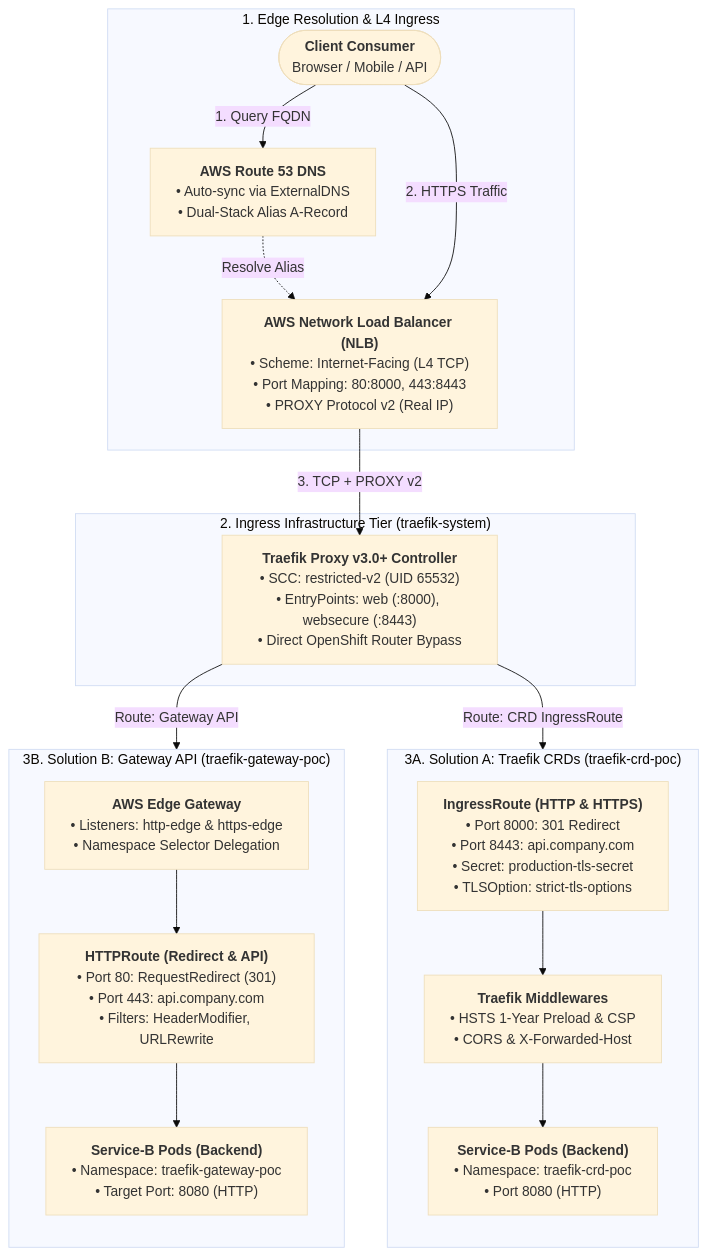
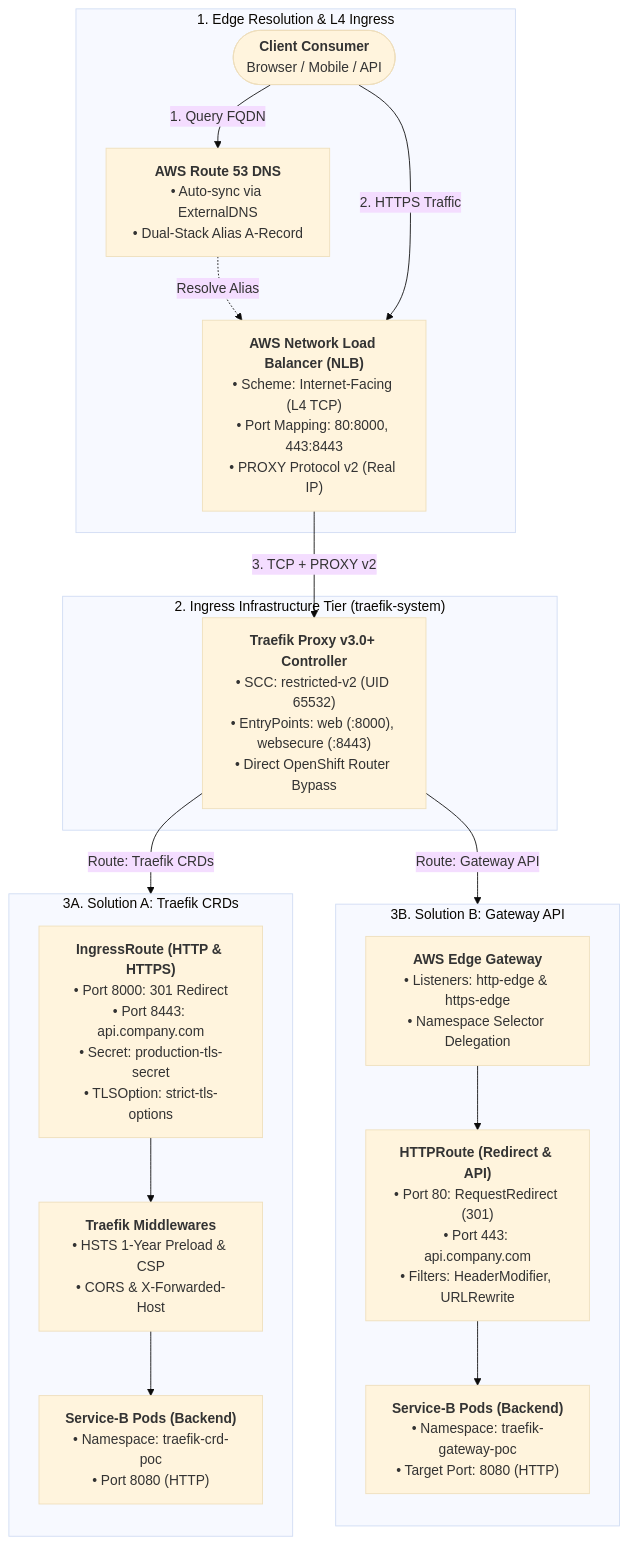
One commit to nubenetes/traefik-fqdn-management-poc-openshift-aws changed the first of 2 diagrams in README.md. Above: the diagram before and after it, drawn with Mermaid (base theme). The commit also changed other lines of this file and 1 other file, not shown here.

Commit message:
fix(mermaid): resolve subgraph title collision, edge overlapping, and node vertex clipping across all diagrams

````diff
--- a/README.md
+++ b/README.md
@@ -102,37 +102,36 @@
 ```mermaid
-%%{init: {"flowchart": {"wrappingWidth": 260}}}%%
 flowchart TD
     subgraph Edge_DNS ["1. Edge Resolution & L4 Ingress"]
         User(["<b>Client Consumer</b><br/>Browser / Mobile / API"])
         R53["<b>AWS Route 53 DNS</b><br/>• Auto-sync via ExternalDNS<br/>• Dual-Stack Alias A-Record"]
         NLB["<b>AWS Network Load Balancer (NLB)</b><br/>• Scheme: Internet-Facing (L4 TCP)<br/>• Port Mapping: 80:8000, 443:8443<br/>• PROXY Protocol v2 (Real IP)"]
         User -->|"1. Query FQDN"| R53
         R53 -.->|"Resolve Alias"| NLB
         User -->|"2. HTTPS Traffic"| NLB
     end
 
     subgraph Ingress_Tier ["2. Ingress Infrastructure Tier (traefik-system)"]
         Traefik["<b>Traefik Proxy v3.0+ Controller</b><br/>• SCC: restricted-v2 (UID 65532)<br/>• EntryPoints: web (:8000), websecure (:8443)<br/>• Direct OpenShift Router Bypass"]
     end
 
     NLB -->|"3. TCP + PROXY v2"| Traefik
 
-    subgraph SolA ["3A. Solution A: Traefik CRDs (traefik-crd-poc)"]
+    subgraph SolA ["3A. Solution A: Traefik CRDs"]
         direction TB
         IR_A["<b>IngressRoute (HTTP & HTTPS)</b><br/>• Port 8000: 301 Redirect<br/>• Port 8443: api.company.com<br/>• Secret: production-tls-secret<br/>• TLSOption: strict-tls-options"]
         MW["<b>Traefik Middlewares</b><br/>• HSTS 1-Year Preload & CSP<br/>• CORS & X-Forwarded-Host"]
         ServiceB_A["<b>Service-B Pods (Backend)</b><br/>• Namespace: traefik-crd-poc<br/>• Port 8080 (HTTP)"]
         IR_A --> MW --> ServiceB_A
     end
 
-    subgraph SolB ["3B. Solution B: Gateway API (traefik-gateway-poc)"]
+    subgraph SolB ["3B. Solution B: Gateway API"]
         direction TB
         GW["<b>AWS Edge Gateway</b><br/>• Listeners: http-edge & https-edge<br/>• Namespace Selector Delegation"]
         HR["<b>HTTPRoute (Redirect & API)</b><br/>• Port 80: RequestRedirect (301)<br/>• Port 443: api.company.com<br/>• Filters: HeaderModifier, URLRewrite"]
         ServiceB_B["<b>Service-B Pods (Backend)</b><br/>• Namespace: traefik-gateway-poc<br/>• Target Port: 8080 (HTTP)"]
         GW --> HR --> ServiceB_B
     end
 
-    Traefik -->|"Route: CRD IngressRoute"| IR_A
-    Traefik -->|"Route: Gateway API"| GW
+    Traefik -->|"Route: Traefik CRDs"| SolA
+    Traefik -->|"Route: Gateway API"| SolB
 ```
````
